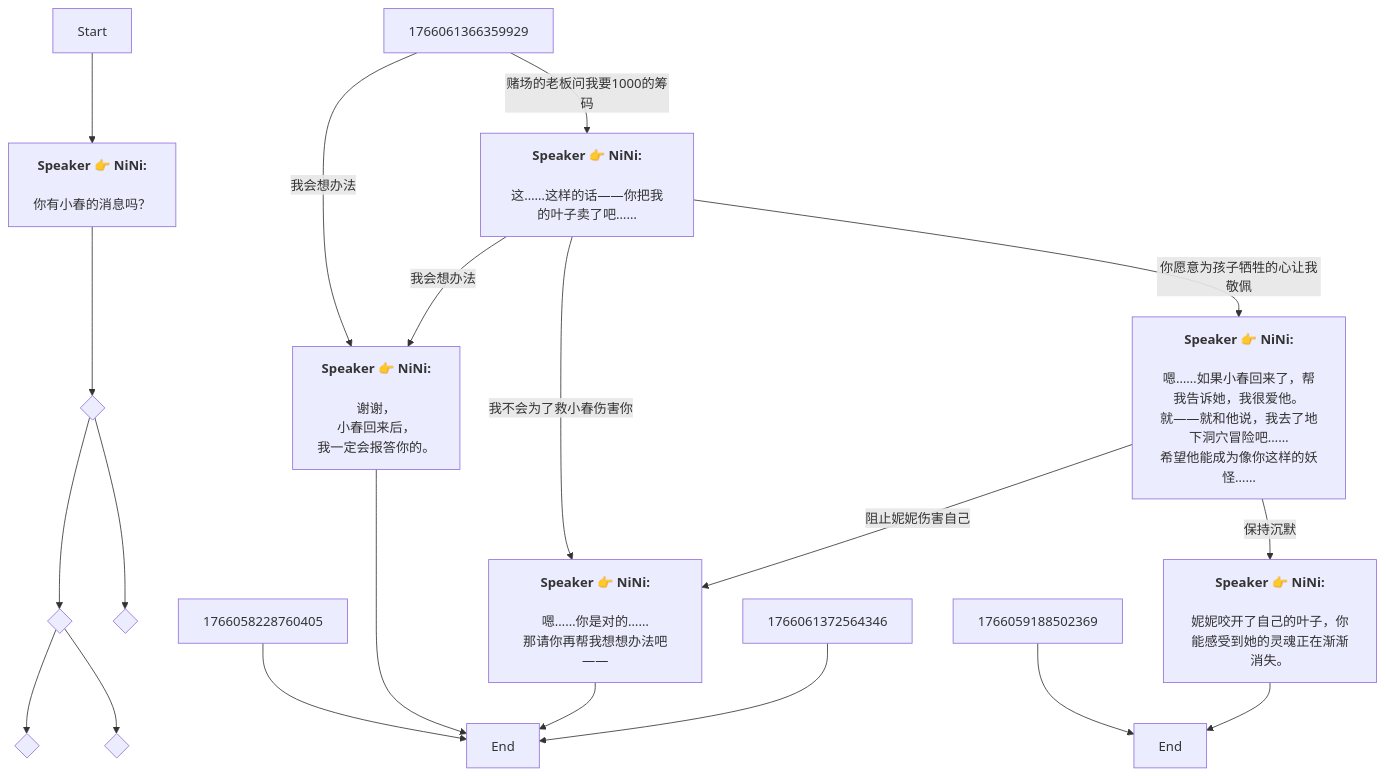
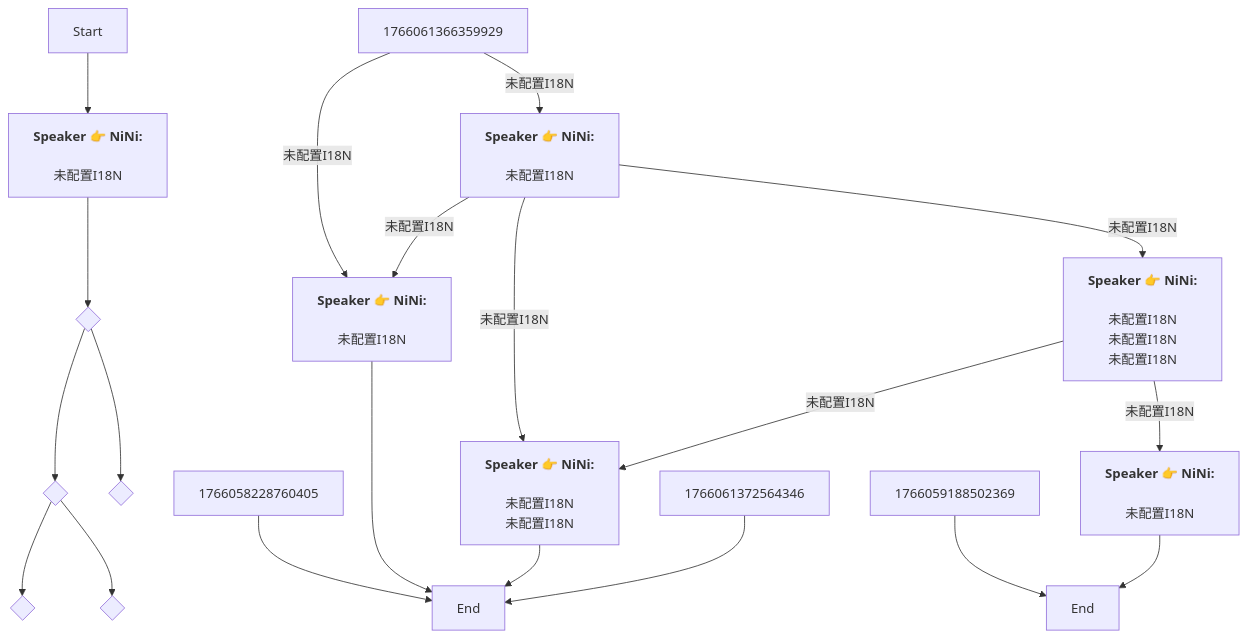
One commit to SoftHu/tos_avg changed the diagram in Zh/QuestNPCDeliveryENode_1766057877860170.md. Above: the diagram before and after it, drawn with Mermaid. The commit also changed 730 other files, not shown here.

````diff
--- a/Zh/QuestNPCDeliveryENode_1766057877860170.md
+++ b/Zh/QuestNPCDeliveryENode_1766057877860170.md
@@ -1,35 +1,31 @@
 ```mermaid
 graph
 Start -->1766058228759378[<b>Speaker 👉 NiNi:</b>
-\n你有小春的消息吗？]
+\n未配置I18N]
 1766058228759378 -->1766058184354637{ }
 1766058184354637 -->1766060995138419{ }
 1766058184354637 -->1766058228759380{ }
 1766058228760405 -->1766058228761430[End]
 1766059188502369 -->1766059416893282[End]
 1766060995138419 -->1766061220162424{ }
 1766060995138419 -->1766058832767834{ }
-1766061366359929 -->|赌场的老板问我要1000的筹码|1766061471389569[<b>Speaker 👉 NiNi:</b>
-\n这……这样的话——你把我的叶子卖了吧……]
-1766061366359929 -->|我会想办法|1766061455267712[<b>Speaker 👉 NiNi:</b>
-\n谢谢，
-小春回来后，
-我一定会报答你的。]
+1766061366359929 -->|未配置I18N|1766061471389569[<b>Speaker 👉 NiNi:</b>
+\n未配置I18N]
+1766061366359929 -->|未配置I18N|1766061455267712[<b>Speaker 👉 NiNi:</b>
+\n未配置I18N]
 1766061455267712 -->1766058228761430[End]
-1766061471389569 -->|我会想办法|1766061455267712[<b>Speaker 👉 NiNi:</b>
-\n谢谢，
-小春回来后，
-我一定会报答你的。]
-1766061471389569 -->|你愿意为孩子牺牲的心让我敬佩|1766061575944074[<b>Speaker 👉 NiNi:</b>
-\n嗯……如果小春回来了，帮我告诉她，我很爱他。\n就——就和他说，我去了地下洞穴冒险吧……\n希望他能成为像你这样的妖怪……]
-1766061471389569 -->|我不会为了救小春伤害你|1766061547048841[<b>Speaker 👉 NiNi:</b>
-\n嗯……你是对的……\n那请你再帮我想想办法吧——]
+1766061471389569 -->|未配置I18N|1766061455267712[<b>Speaker 👉 NiNi:</b>
+\n未配置I18N]
+1766061471389569 -->|未配置I18N|1766061575944074[<b>Speaker 👉 NiNi:</b>
+\n未配置I18N\n未配置I18N\n未配置I18N]
+1766061471389569 -->|未配置I18N|1766061547048841[<b>Speaker 👉 NiNi:</b>
+\n未配置I18N\n未配置I18N]
 1766061547048841 -->1766058228761430[End]
-1766061575944074 -->|保持沉默|1766061898342288[<b>Speaker 👉 NiNi:</b>
-\n妮妮咬开了自己的叶子，你能感受到她的灵魂正在渐渐消失。]
-1766061575944074 -->|阻止妮妮伤害自己|1766061547048841[<b>Speaker 👉 NiNi:</b>
-\n嗯……你是对的……\n那请你再帮我想想办法吧——]
+1766061575944074 -->|未配置I18N|1766061898342288[<b>Speaker 👉 NiNi:</b>
+\n未配置I18N]
+1766061575944074 -->|未配置I18N|1766061547048841[<b>Speaker 👉 NiNi:</b>
+\n未配置I18N\n未配置I18N]
 1766061898342288 -->1766059416893282[End]
 1766061372564346 -->1766058228761430[End]
 
 ```
````
